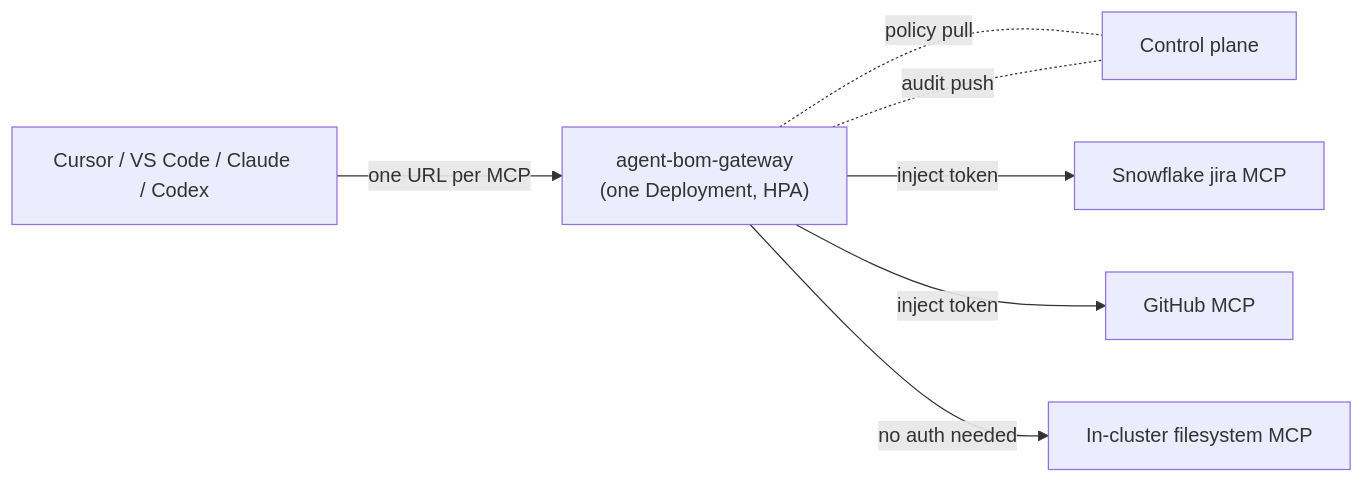
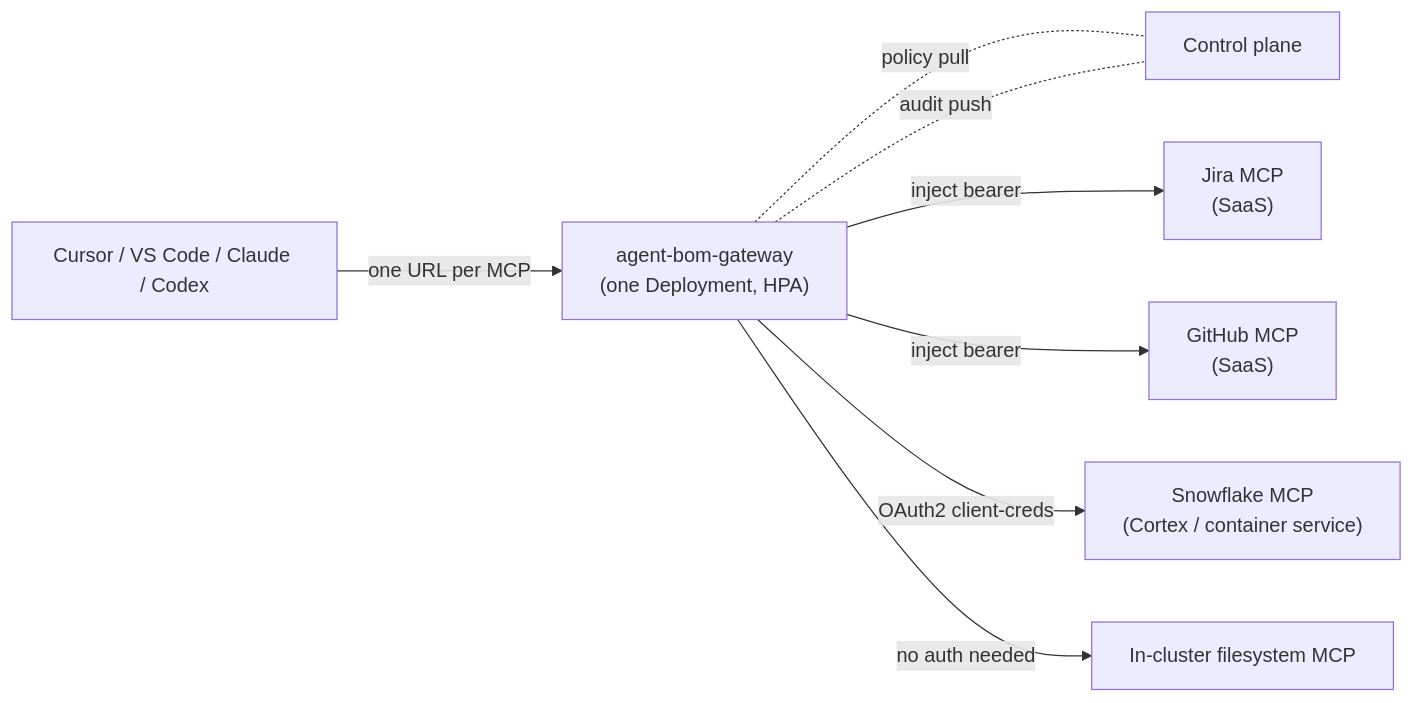
Before and after one commit to msaad00/agent-bom: the second of 3 diagrams in site-docs/deployment/eks-mcp-pilot.md, drawn with Mermaid. The commit also changed other lines of this file and 10 other files, not shown here.

````diff
--- a/site-docs/deployment/eks-mcp-pilot.md
+++ b/site-docs/deployment/eks-mcp-pilot.md
@@ -218,9 +219,10 @@
 ```mermaid
 flowchart LR
   dev[Cursor / VS Code / Claude / Codex] -->|one URL per MCP| gw["agent-bom-gateway<br/>(one Deployment, HPA)"]
   gw -. policy pull .- cp[Control plane]
   gw -. audit push .- cp
-  gw -->|inject token| jira["Snowflake jira MCP"]
-  gw -->|inject token| gh["GitHub MCP"]
+  gw -->|inject bearer| jira["Jira MCP<br/>(SaaS)"]
+  gw -->|inject bearer| gh["GitHub MCP<br/>(SaaS)"]
+  gw -->|OAuth2 client-creds| snow["Snowflake MCP<br/>(Cortex / container service)"]
   gw -->|no auth needed| fs["In-cluster filesystem MCP"]
 ```
````
